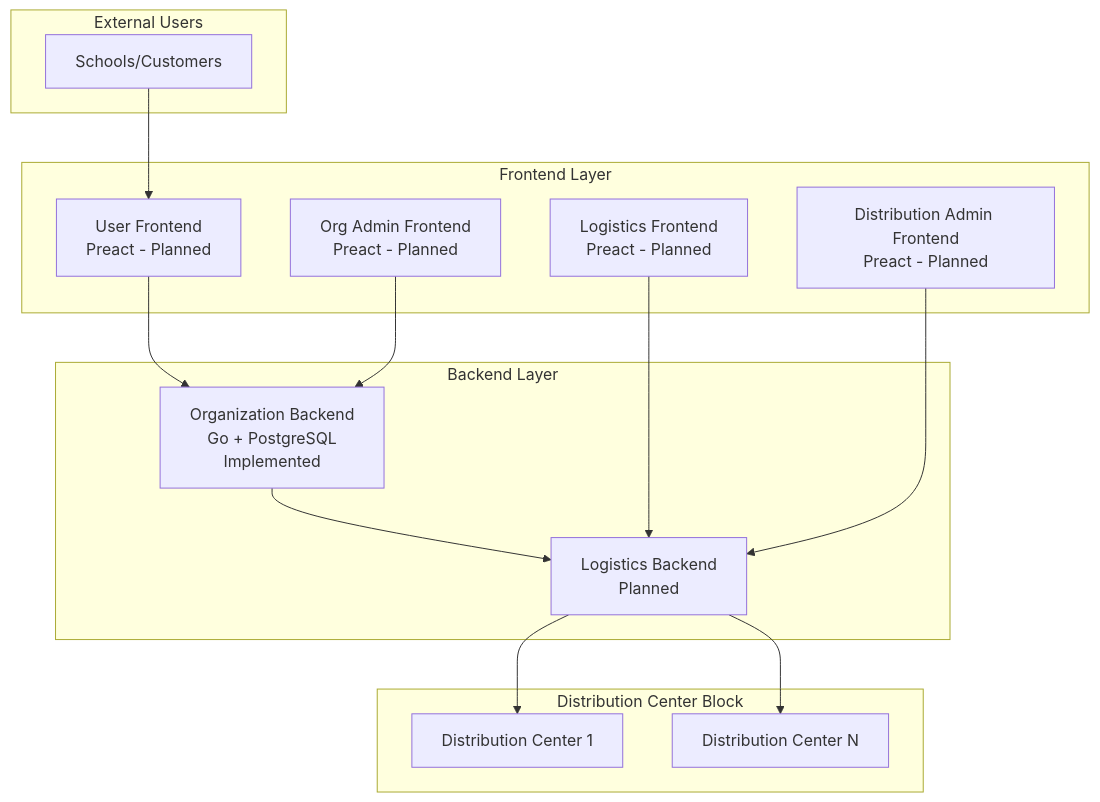
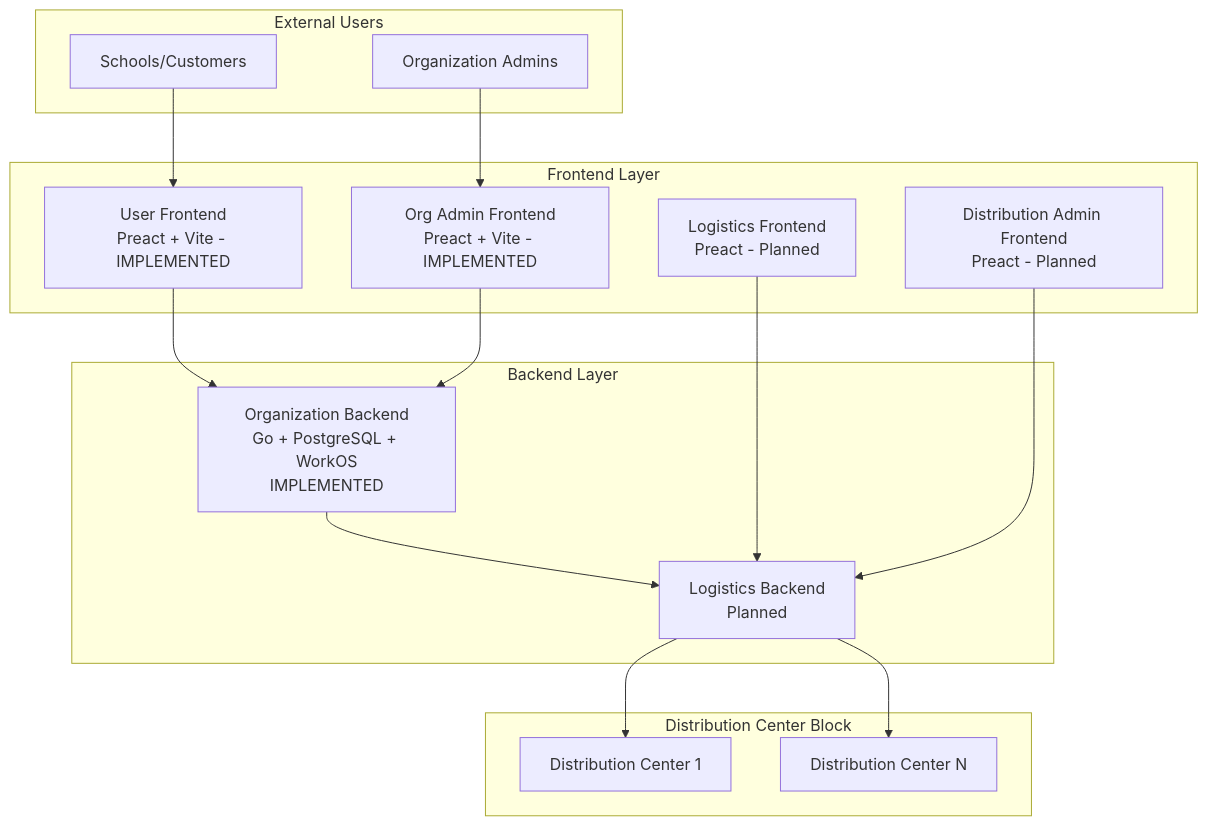
The first of 2 diagrams in architecture.md (SpaceTy/FAELP), drawn with Mermaid before and after one commit. The commit also changed other lines of this file, not shown here.

````diff
--- a/architecture.md
+++ b/architecture.md
@@ -25,33 +25,35 @@
 ```mermaid
 flowchart TB
     subgraph External["External Users"]
         Schools["Schools/Customers"]
+        OrgAdmins["Organization Admins"]
     end
 
     subgraph FrontendLayer["Frontend Layer"]
-        UserFrontend["User Frontend<br/>Preact - Planned"]
+        UserFrontend["User Frontend<br/>Preact + Vite - IMPLEMENTED"]
+        OrgAdminFrontend["Org Admin Frontend<br/>Preact + Vite - IMPLEMENTED"]
         LogisticsFrontend["Logistics Frontend<br/>Preact - Planned"]
-        OrgAdminFrontend["Org Admin Frontend<br/>Preact - Planned"]
         DistAdminFrontend["Distribution Admin Frontend<br/>Preact - Planned"]
     end
 
     subgraph BackendLayer["Backend Layer"]
-        OrgBackend["Organization Backend<br/>Go + PostgreSQL<br/>Implemented"]
+        OrgBackend["Organization Backend<br/>Go + PostgreSQL + WorkOS<br/>IMPLEMENTED"]
         LogBackend["Logistics Backend<br/>Planned"]
     end
 
     subgraph DistributionBlock["Distribution Center Block"]
         DistCenter1["Distribution Center 1"]
         DistCenterN["Distribution Center N"]
     end
 
     Schools --> UserFrontend
+    OrgAdmins --> OrgAdminFrontend
     UserFrontend --> OrgBackend
+    OrgAdminFrontend --> OrgBackend
     OrgBackend --> LogBackend
     LogBackend --> DistCenter1
     LogBackend --> DistCenterN
     
     LogisticsFrontend --> LogBackend
-    OrgAdminFrontend --> OrgBackend
     DistAdminFrontend --> LogBackend
 ```
````
